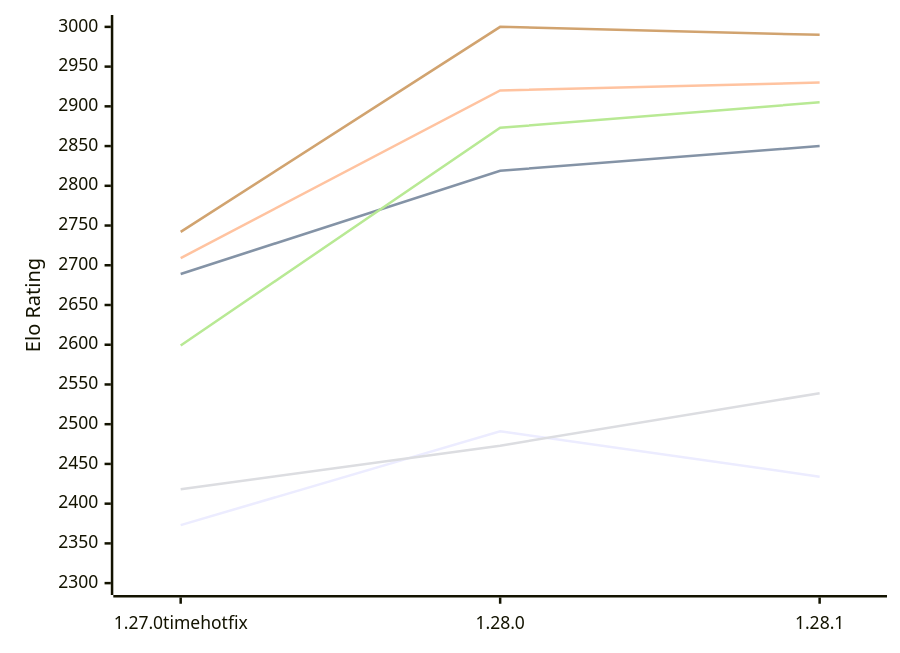
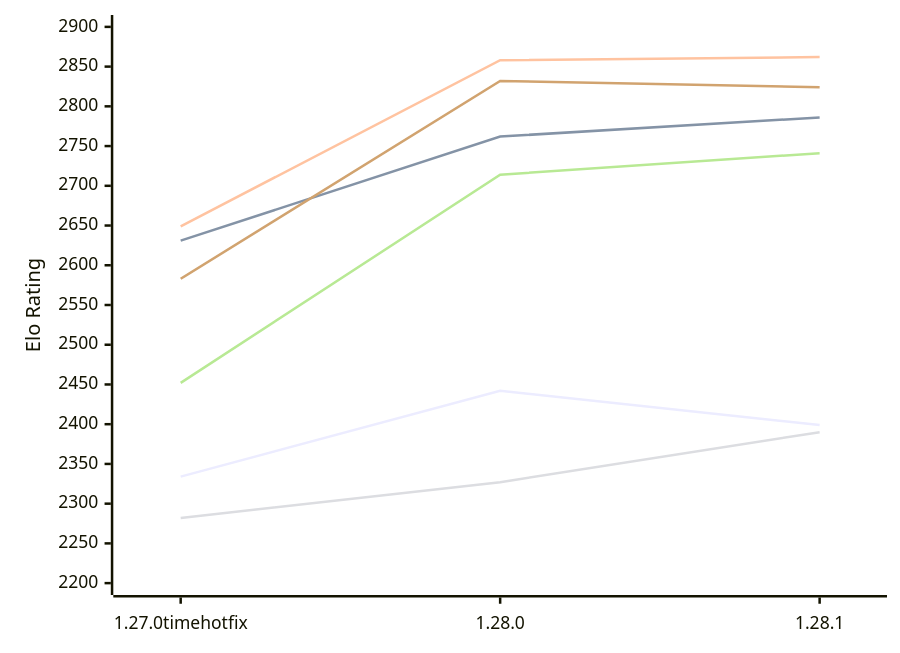
Before and after one commit to computer-chess-index/cci: the first of 2 diagrams in engines/Aurora.md, drawn with Mermaid. The commit also changed other lines of this file, not shown here.

Commit message:
Update CCI Ratings (ELO VLTC) - 2026-11-13

````diff
--- a/engines/Aurora.md
+++ b/engines/Aurora.md
@@ -52,12 +52,12 @@
 ```mermaid
 %%{init: {"theme":"base","themeVariables":{"seriesColors:['#a3a3a3','#222221','#faa371']}}}%%
 xychart-beta
   x-axis ["1.27.0timehotfix", "1.28.0", "1.28.1"]
-  y-axis "Elo Rating" 2300 --> 3000
-  line "E1: STC (8.0+0.08s)" [2373, 2491, 2434]
-  line "E1: LTC (60.0+0.60s)" [2689, 2819, 2850]
-  line "E1: VLTC (2m24s+1.12s)" [2709, 2920, 2930]
-  line "P1: STC (8.0+0.08s)" [2418, 2473, 2539]
-  line "P1: LTC (60.0+0.60s)" [2599, 2873, 2905]
-  line "P1: VLTC (2m24s+1.12s)" [2742, 3000, 2990]
+  y-axis "Elo Rating" 2200 --> 2900
+  line "E1: STC (8.0+0.08s)" [2334, 2442, 2399]
+  line "E1: LTC (60.0+0.60s)" [2631, 2762, 2786]
+  line "E1: VLTC (2m24s+1.12s)" [2649, 2858, 2862]
+  line "P1: STC (8.0+0.08s)" [2282, 2327, 2390]
+  line "P1: LTC (60.0+0.60s)" [2452, 2714, 2741]
+  line "P1: VLTC (2m24s+1.12s)" [2583, 2832, 2824]
 ```
````
